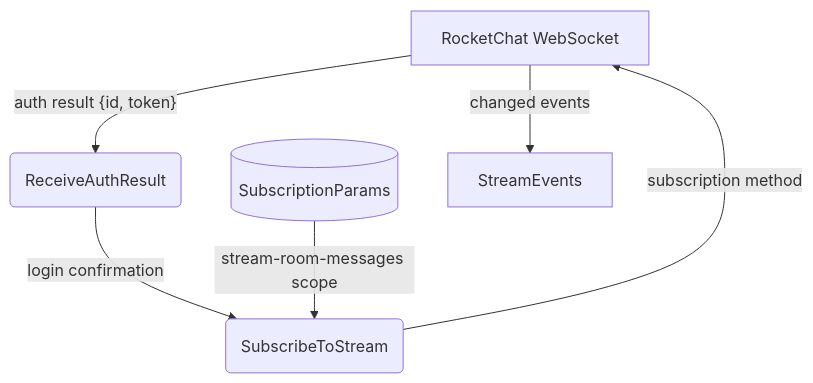
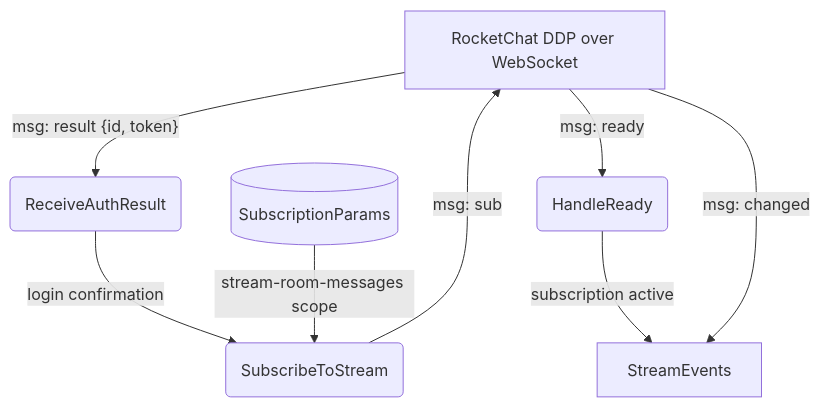
One commit to cosmoswafer/rockbot changed the fifth of 5 diagrams in _dfds/rocketchat.md. Above: the diagram before and after it, drawn with Mermaid. The commit also changed other lines of this file, not shown here.

Commit message:
fix(dfd): correct DDP protocol details and document known gaps in rocketchat DFD

````diff
--- a/_dfds/rocketchat.md
+++ b/_dfds/rocketchat.md
@@ -147,14 +168,17 @@
 ```mermaid
 flowchart TD
-    WS[RocketChat WebSocket]
+    WS[RocketChat DDP over WebSocket]
     AUTH_RX(ReceiveAuthResult)
     SUB(SubscribeToStream)
     PARAMS[(SubscriptionParams)]
+    READY_CB(HandleReady)
     STREAM_PROC[StreamEvents]
 
-    WS -->|"auth result {id, token}"| AUTH_RX
+    WS -->|"msg: result {id, token}"| AUTH_RX
     AUTH_RX -->|"login confirmation"| SUB
     PARAMS -->|"stream-room-messages scope"| SUB
-    SUB -->|"subscription method"| WS
-    WS -->|"changed events"| STREAM_PROC
+    SUB -->|"msg: sub"| WS
+    WS -->|"msg: ready"| READY_CB
+    READY_CB -->|"subscription active"| STREAM_PROC
+    WS -->|"msg: changed"| STREAM_PROC
 ```
````
